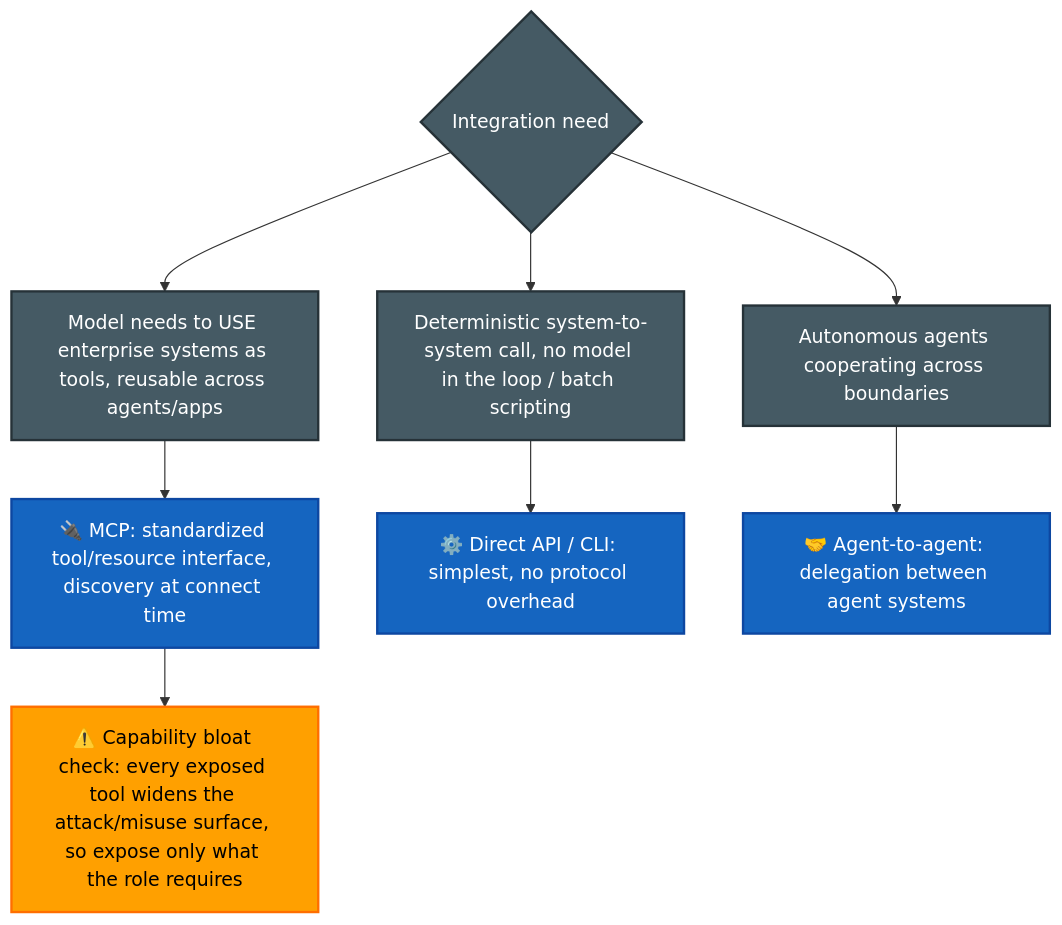
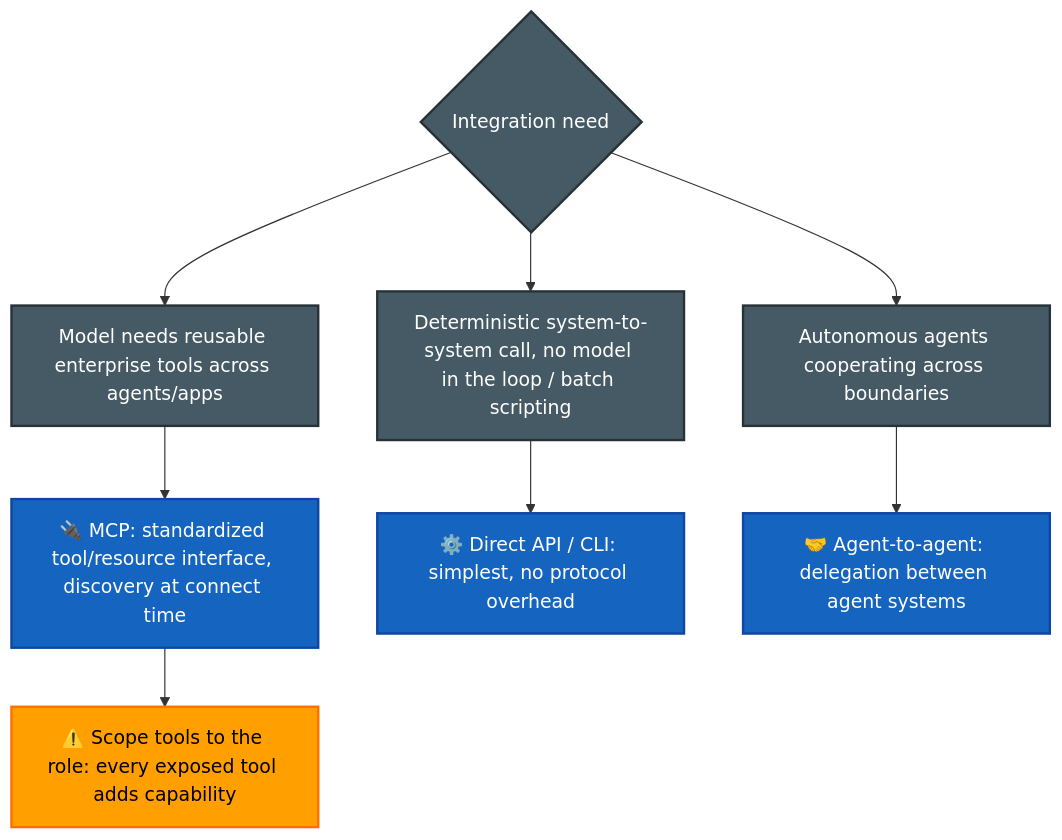
Before and after one commit to parmar-m/claude-architect-certification-prep: the second of 5 diagrams in CCA-P/domains/d3-integration.md, drawn with Mermaid. The commit also changed other lines of this file and 6 other files, not shown here.

````diff
--- a/CCA-P/domains/d3-integration.md
+++ b/CCA-P/domains/d3-integration.md
@@ -49,13 +83,13 @@
 ```mermaid
 flowchart TD
-    NEED{Integration need} --> T1["Model needs to USE enterprise systems as tools, reusable across agents/apps"] --> MCP["🔌 MCP: standardized tool/resource interface, discovery at connect time"]
+    NEED{Integration need} --> T1["Model needs reusable enterprise tools across agents/apps"] --> MCP["🔌 MCP: standardized tool/resource interface, discovery at connect time"]
     NEED --> T2["Deterministic system-to-system call, no model in the loop / batch scripting"] --> API["⚙️ Direct API / CLI: simplest, no protocol overhead"]
     NEED --> T3["Autonomous agents cooperating across boundaries"] --> A2A["🤝 Agent-to-agent: delegation between agent systems"]
-    MCP --> W["⚠️ Capability bloat check: every exposed tool widens the attack/misuse surface, so expose only what the role requires"]
+    MCP --> W["⚠️ Scope tools to the role: every exposed tool adds capability"]
     classDef p fill:#1565C0,color:#fff,stroke:#0D47A1,stroke-width:2px
     classDef warn fill:#FFA000,color:#000,stroke:#FF6F00,stroke-width:2px
     classDef n fill:#455A64,color:#fff,stroke:#263238,stroke-width:2px
     class MCP,API,A2A p
     class W warn
     class NEED,T1,T2,T3 n
 ```
````
